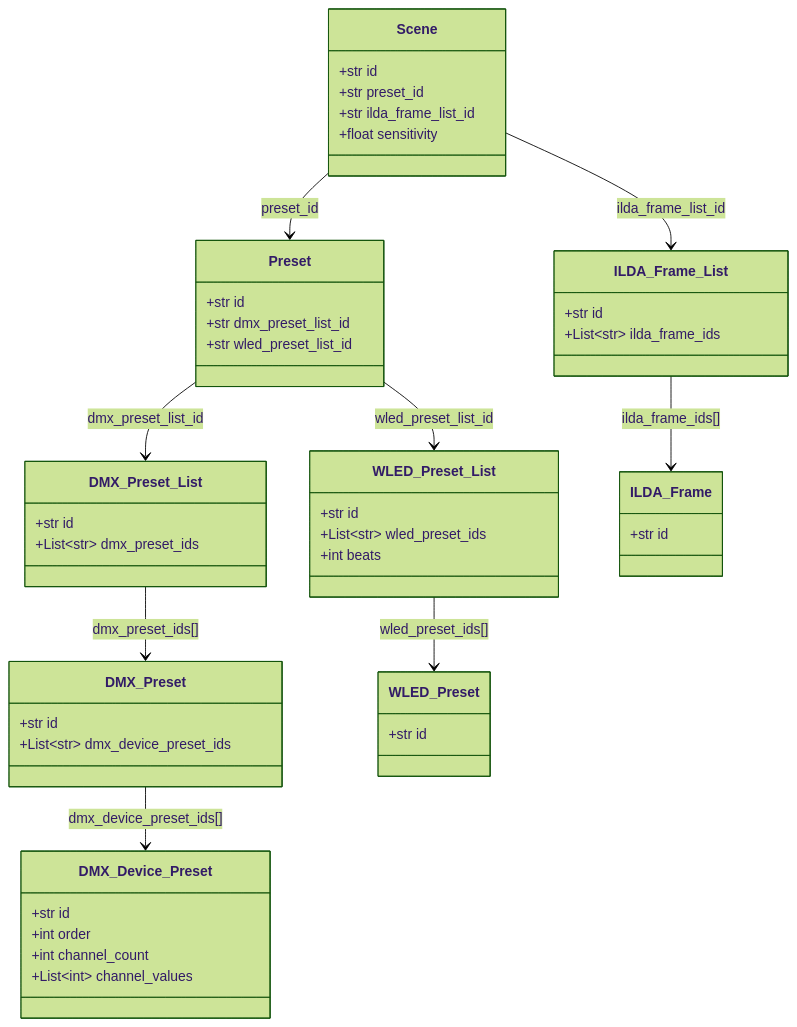
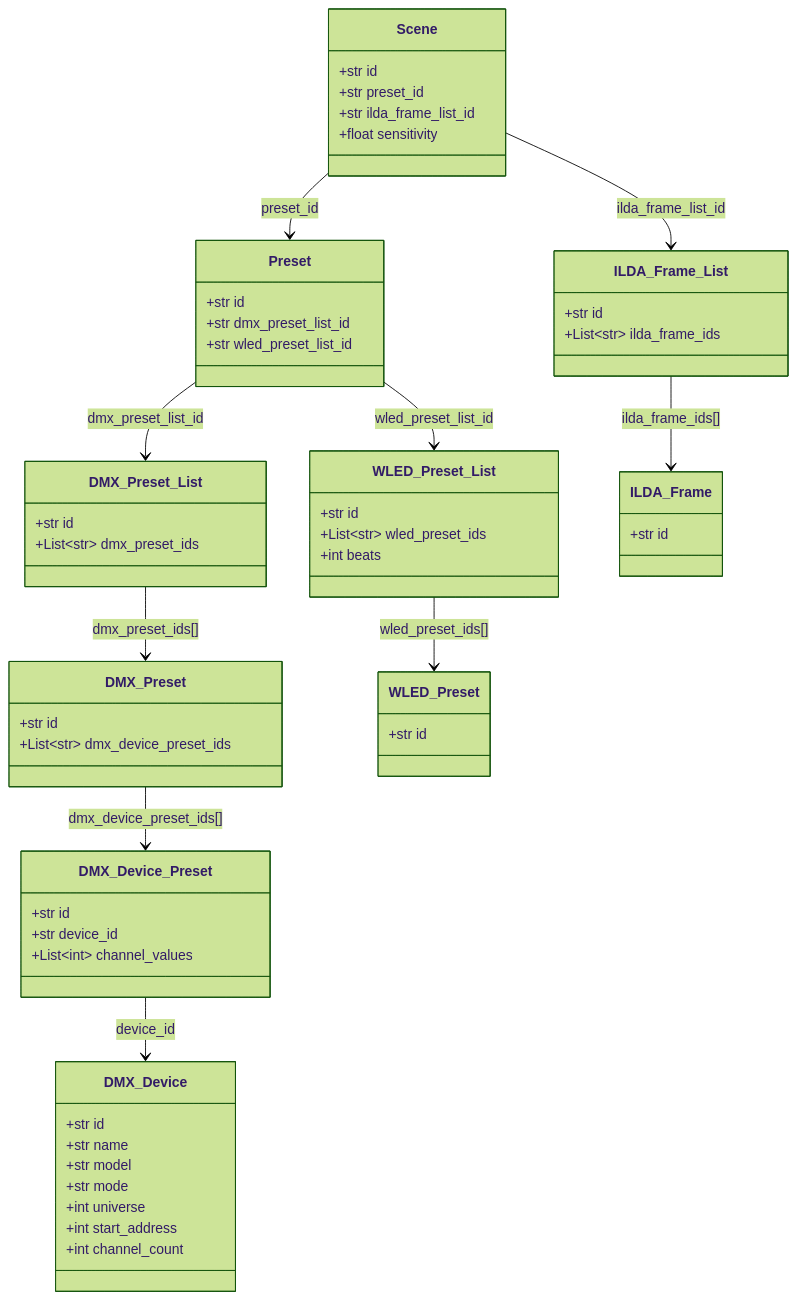
The second of 10 diagrams in docs/architecture.md (glane339/lightsappnew), drawn with Mermaid (forest theme) before and after one commit. The commit also changed other lines of this file and 24 other files, not shown here.

````diff
--- a/docs/architecture.md
+++ b/docs/architecture.md
@@ -123,52 +124,61 @@
 ```mermaid
 classDiagram
     class Scene {
         +str id
         +str preset_id
         +str ilda_frame_list_id
         +float sensitivity
     }
     class Preset {
         +str id
         +str dmx_preset_list_id
         +str wled_preset_list_id
     }
     class DMX_Preset_List {
         +str id
         +List~str~ dmx_preset_ids
     }
     class DMX_Preset {
         +str id
         +List~str~ dmx_device_preset_ids
     }
     class DMX_Device_Preset {
         +str id
-        +int order
+        +str device_id
+        +List~int~ channel_values
+    }
+    class DMX_Device {
+        +str id
+        +str name
+        +str model
+        +str mode
+        +int universe
+        +int start_address
         +int channel_count
-        +List~int~ channel_values
     }
     class WLED_Preset_List {
         +str id
         +List~str~ wled_preset_ids
         +int beats
     }
     class WLED_Preset {
         +str id
     }
     class ILDA_Frame_List {
         +str id
         +List~str~ ilda_frame_ids
     }
     class ILDA_Frame {
         +str id
     }
 
     Scene --> Preset : preset_id
     Scene --> ILDA_Frame_List : ilda_frame_list_id
     Preset --> DMX_Preset_List : dmx_preset_list_id
     Preset --> WLED_Preset_List : wled_preset_list_id
     DMX_Preset_List --> DMX_Preset : dmx_preset_ids[]
     DMX_Preset --> DMX_Device_Preset : dmx_device_preset_ids[]
+    DMX_Device_Preset --> DMX_Device : device_id
     WLED_Preset_List --> WLED_Preset : wled_preset_ids[]
     ILDA_Frame_List --> ILDA_Frame : ilda_frame_ids[]
 ```
````
